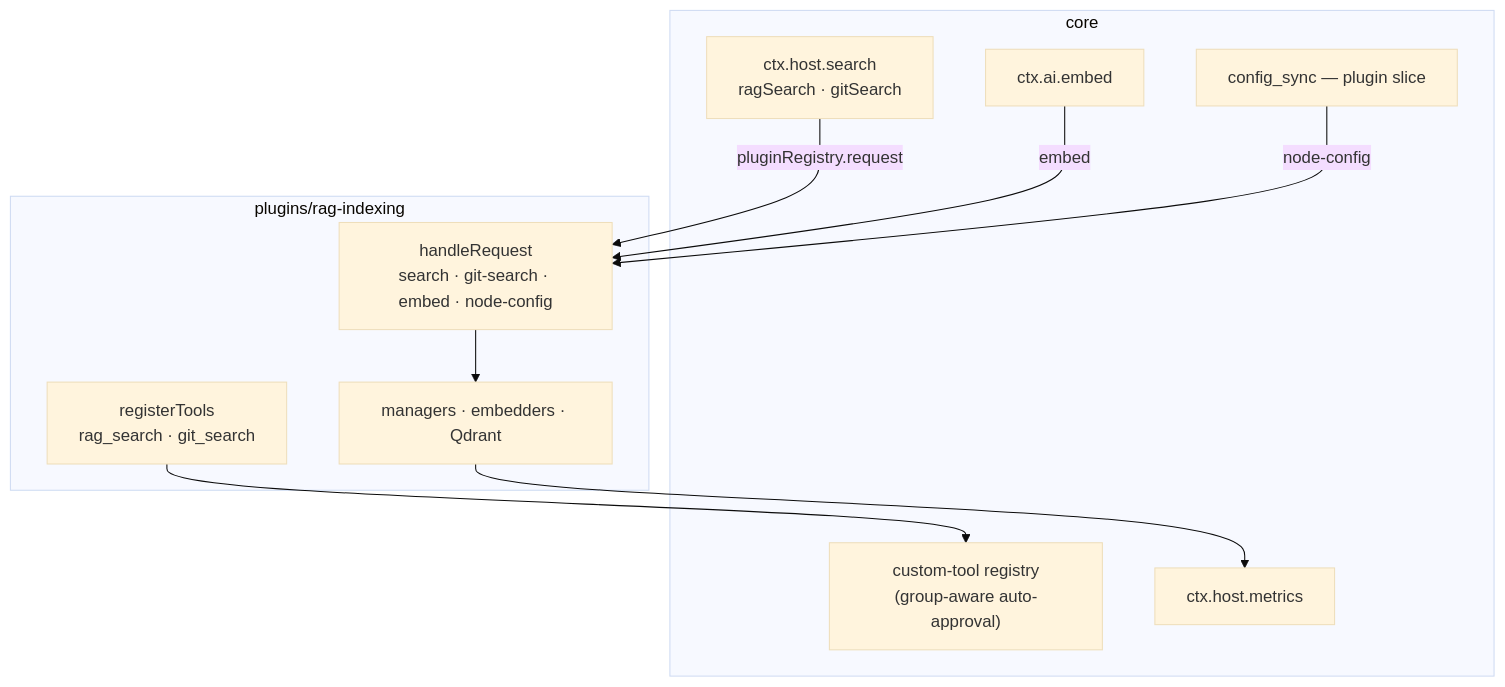
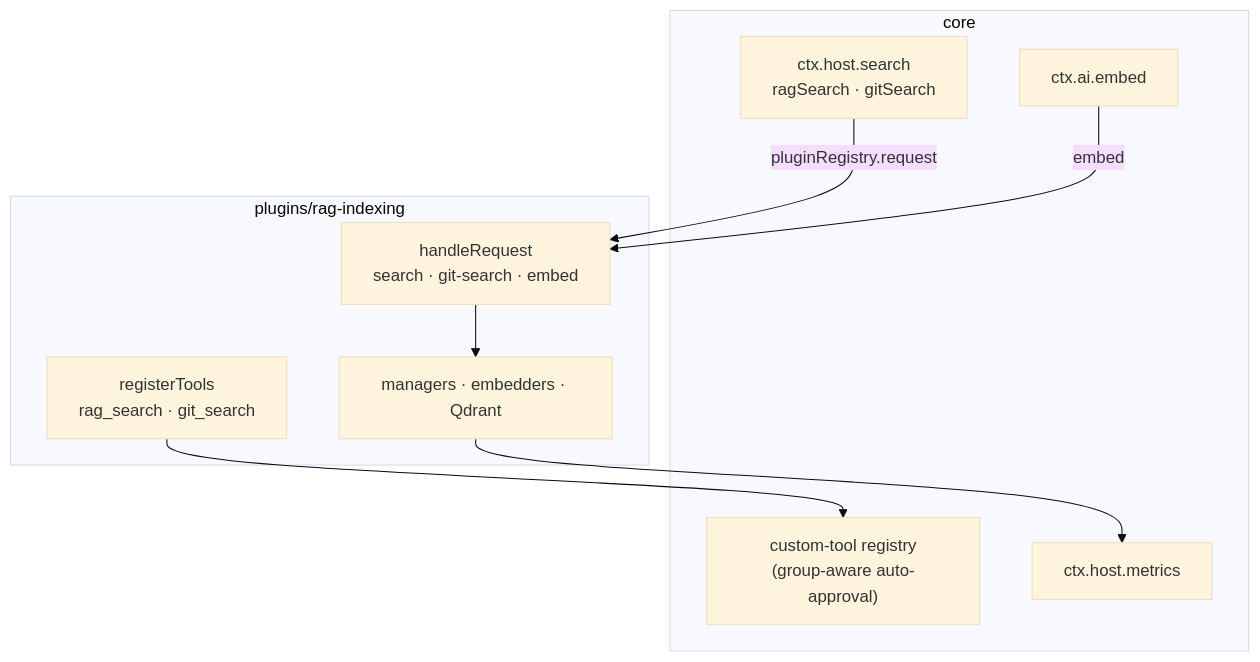
The third of 5 diagrams in plugins/rag-indexing/DESIGN.md (shofer-dev/shofer), drawn with Mermaid (base theme) before and after one commit. The commit also changed other lines of this file and 85 other files, not shown here.

````diff
--- a/plugins/rag-indexing/DESIGN.md
+++ b/plugins/rag-indexing/DESIGN.md
@@ -533,22 +533,20 @@
 ```mermaid
 flowchart TD
     subgraph core["core"]
         SEARCH["ctx.host.search<br/>ragSearch · gitSearch"]
         AI["ctx.ai.embed"]
         TOOLS["custom-tool registry<br/>(group-aware auto-approval)"]
         METRICS["ctx.host.metrics"]
-        SYNC["config_sync — plugin slice"]
     end
     subgraph plug["plugins/rag-indexing"]
-        REQ["handleRequest<br/>search · git-search · embed · node-config"]
+        REQ["handleRequest<br/>search · git-search · embed"]
         REG["registerTools<br/>rag_search · git_search"]
         IDX["managers · embedders · Qdrant"]
     end
 
     SEARCH -->|"pluginRegistry.request"| REQ
     AI -->|"embed"| REQ
     REG --> TOOLS
     REQ --> IDX
     IDX --> METRICS
-    SYNC -->|"node-config"| REQ
 ```
````
